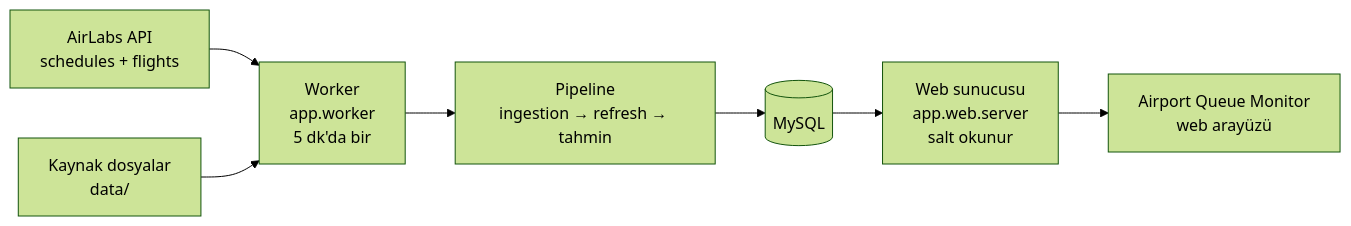
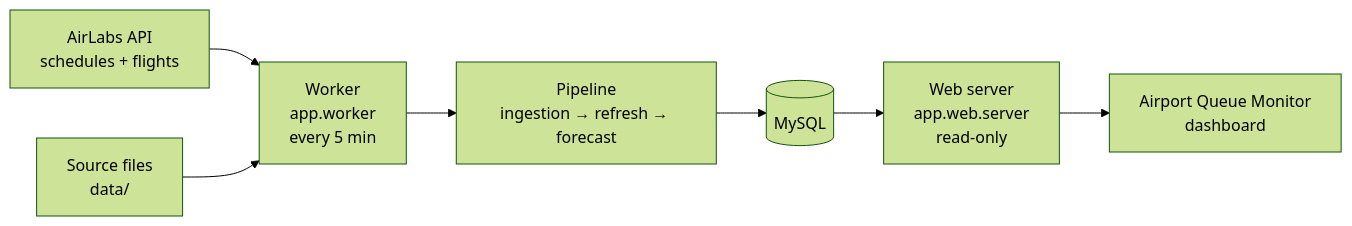
Before and after one commit to eceboylu/aircraft-capacity-py: the first of 2 diagrams in README.md, drawn with Mermaid (forest theme). The commit also changed other lines of this file, not shown here.

````diff
--- a/README.md
+++ b/README.md
@@ -48,9 +48,9 @@
 ```mermaid
 flowchart LR
     AL[AirLabs API<br/>schedules + flights] --> W
-    F[Kaynak dosyalar<br/>data/] --> W
-    W[Worker<br/>app.worker<br/>5 dk'da bir] --> P[Pipeline<br/>ingestion → refresh → tahmin]
+    F[Source files<br/>data/] --> W
+    W[Worker<br/>app.worker<br/>every 5 min] --> P[Pipeline<br/>ingestion → refresh → forecast]
     P --> DB[(MySQL)]
-    DB --> API[Web sunucusu<br/>app.web.server<br/>salt okunur]
-    API --> UI[Airport Queue Monitor<br/>web arayüzü]
+    DB --> API[Web server<br/>app.web.server<br/>read-only]
+    API --> UI[Airport Queue Monitor<br/>dashboard]
 ```
````
